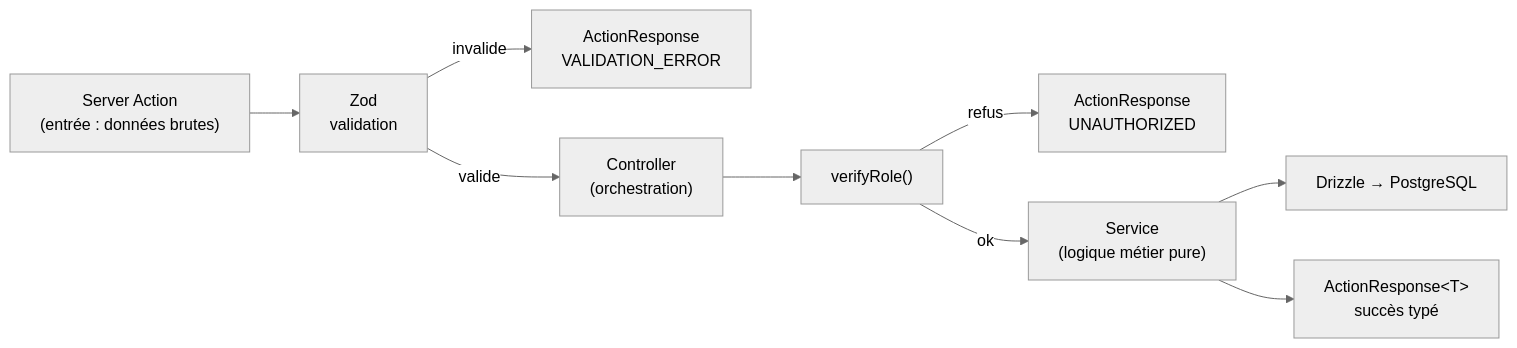
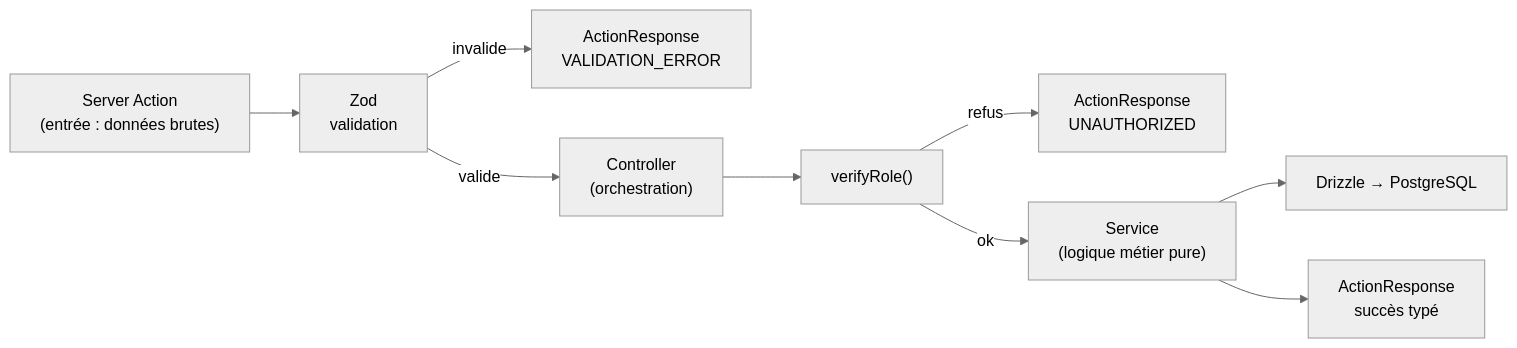
The ninth of 13 diagrams in documents/dossiers/dossierProjet/dossierProjetRNCP.md (Mamoru-fr/AMT-Express), drawn with Mermaid (neutral theme) before and after one commit. The commit also changed other lines of this file, not shown here.

````diff
--- a/documents/dossiers/dossierProjet/dossierProjetRNCP.md
+++ b/documents/dossiers/dossierProjet/dossierProjetRNCP.md
@@ -457,9 +606,9 @@
 ```mermaid
 flowchart LR
     SA["Server Action<br/>(entrée : données brutes)"] --> Z["Zod<br/>validation"]
     Z -- invalide --> AR1["ActionResponse<br/>VALIDATION_ERROR"]
     Z -- valide --> CT["Controller<br/>(orchestration)"] --> MW["verifyRole()"]
     MW -- refus --> AR2["ActionResponse<br/>UNAUTHORIZED"]
     MW -- ok --> SV["Service<br/>(logique métier pure)"] --> DB["Drizzle → PostgreSQL"]
-    SV --> AR3["ActionResponse&lt;T&gt;<br/>succès typé"]
+    SV --> AR3["ActionResponse<T><br/>succès typé"]
 ```
````
